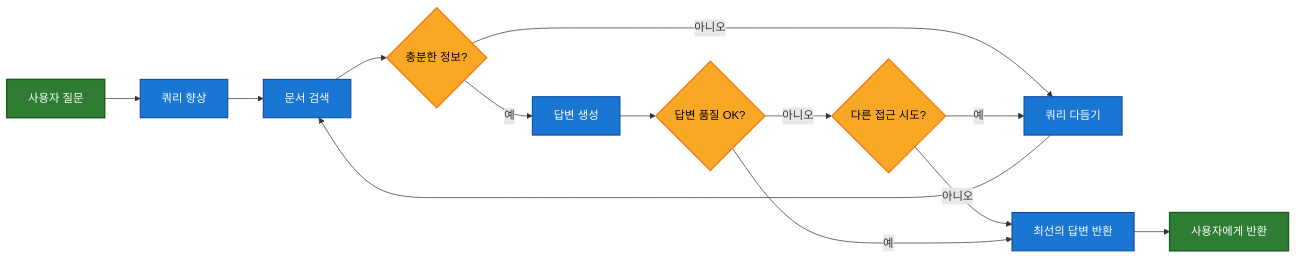
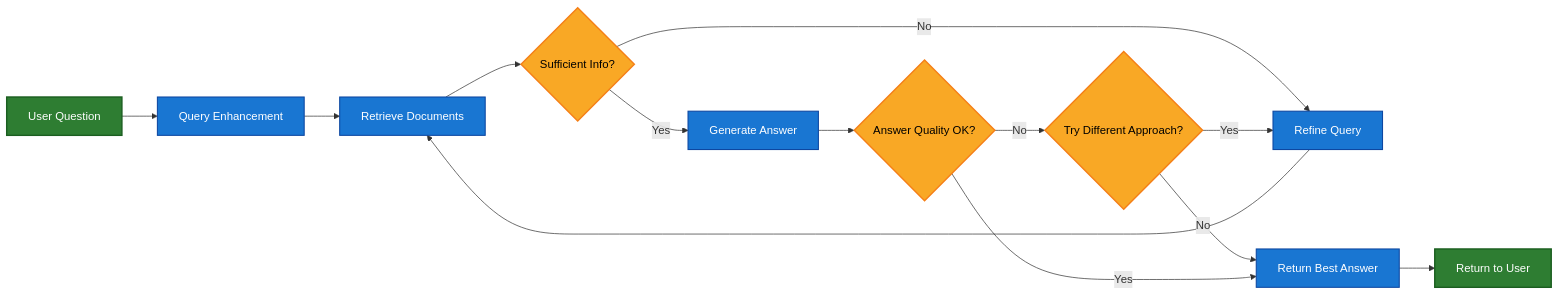
The fourth of 4 diagrams in src-ko/oss/langchain/retrieval.mdx (jeongsk/langchain-docs), drawn with Mermaid before and after one commit. The commit also changed other lines of this file and 835 other files, not shown here.

````diff
--- a/src-ko/oss/langchain/retrieval.mdx
+++ b/src-ko/oss/langchain/retrieval.mdx
@@ -417,23 +420,23 @@
 ```mermaid
 graph LR
-    A[사용자 질문] --> B[쿼리 향상]
-    B --> C[문서 검색]
-    C --> D{충분한 정보?}
-    D -- 아니오 --> E[쿼리 다듬기]
+    A[User Question] --> B[Query Enhancement]
+    B --> C[Retrieve Documents]
+    C --> D{Sufficient Info?}
+    D -- No --> E[Refine Query]
     E --> C
-    D -- 예 --> F[답변 생성]
-    F --> G{답변 품질 OK?}
-    G -- 아니오 --> H{다른 접근 시도?}
-    H -- 예 --> E
-    H -- 아니오 --> I[최선의 답변 반환]
-    G -- 예 --> I
-    I --> J[사용자에게 반환]
+    D -- Yes --> F[Generate Answer]
+    F --> G{Answer Quality OK?}
+    G -- No --> H{Try Different Approach?}
+    H -- Yes --> E
+    H -- No --> I[Return Best Answer]
+    G -- Yes --> I
+    I --> J[Return to User]
 
     classDef startend fill:#2e7d32,stroke:#1b5e20,stroke-width:2px,color:#fff
     classDef decision fill:#f9a825,stroke:#f57f17,stroke-width:2px,color:#000
     classDef process fill:#1976d2,stroke:#0d47a1,stroke-width:1.5px,color:#fff
 
     class A,J startend
     class B,C,E,F,I process
     class D,G,H decision
 ```
````
